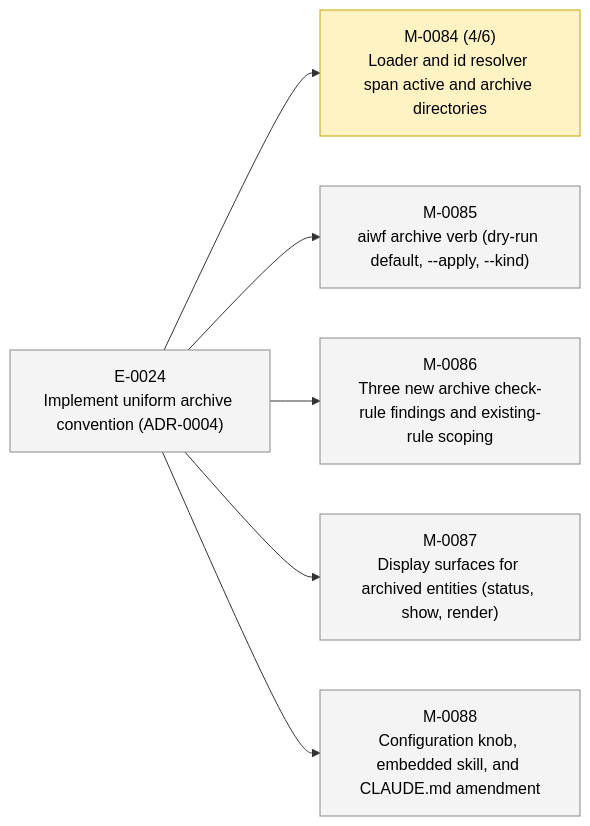
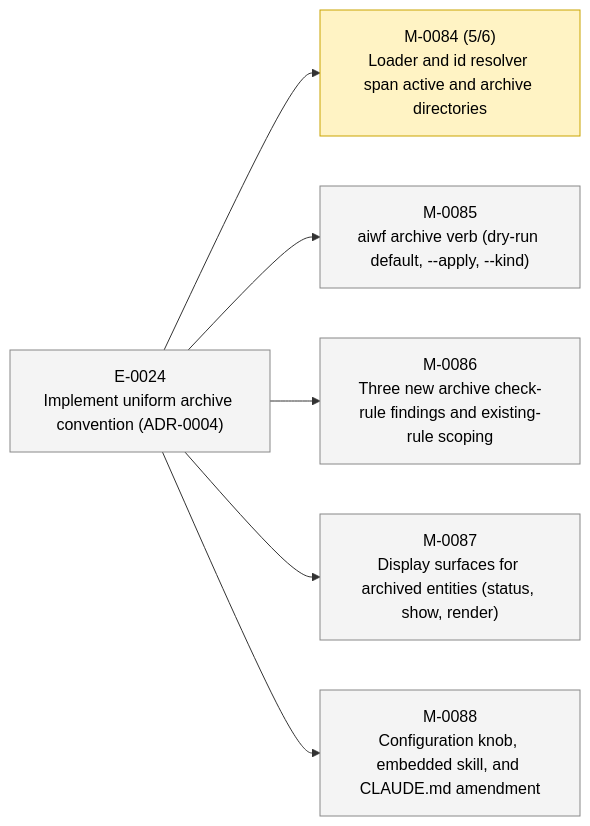
The second of 2 diagrams in STATUS.md (23min/aiwf), drawn with Mermaid before and after one commit. The commit also changed other lines of this file and 1 other file, not shown here.

````diff
--- a/STATUS.md
+++ b/STATUS.md
@@ -49,20 +49,20 @@
 ```mermaid
 flowchart LR
   E_0024["E-0024<br/>Implement uniform archive convention (ADR-0004)"]:::epic_proposed
-  M_0084["M-0084 (4/6)<br/>Loader and id resolver span active and archive directories"]:::ms_in_progress
+  M_0084["M-0084 (5/6)<br/>Loader and id resolver span active and archive directories"]:::ms_in_progress
   E_0024 --> M_0084
   M_0085["M-0085<br/>aiwf archive verb (dry-run default, --apply, --kind)"]:::ms_draft
   E_0024 --> M_0085
   M_0086["M-0086<br/>Three new archive check-rule findings and existing-rule scoping"]:::ms_draft
   E_0024 --> M_0086
   M_0087["M-0087<br/>Display surfaces for archived entities (status, show, render)"]:::ms_draft
   E_0024 --> M_0087
   M_0088["M-0088<br/>Configuration knob, embedded skill, and CLAUDE.md amendment"]:::ms_draft
   E_0024 --> M_0088
   classDef epic_active fill:#d6eaff,stroke:#1a73e8,color:#000
   classDef epic_proposed fill:#f4f4f4,stroke:#888,color:#000
   classDef ms_done fill:#d8f5d8,stroke:#2a8a2a,color:#000
   classDef ms_in_progress fill:#fff3c4,stroke:#caa400,color:#000
   classDef ms_draft fill:#f4f4f4,stroke:#888,color:#000
   classDef ms_cancelled fill:#fbeaea,stroke:#c33,color:#000
 ```
````
